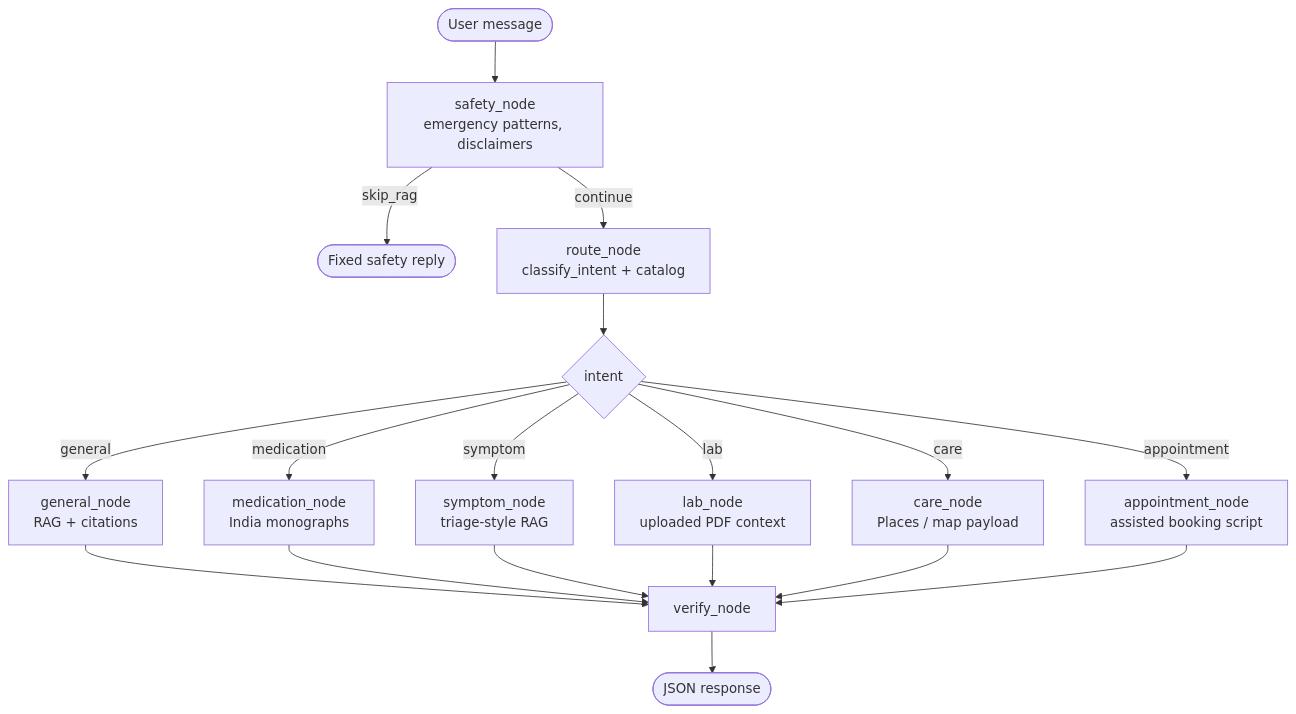
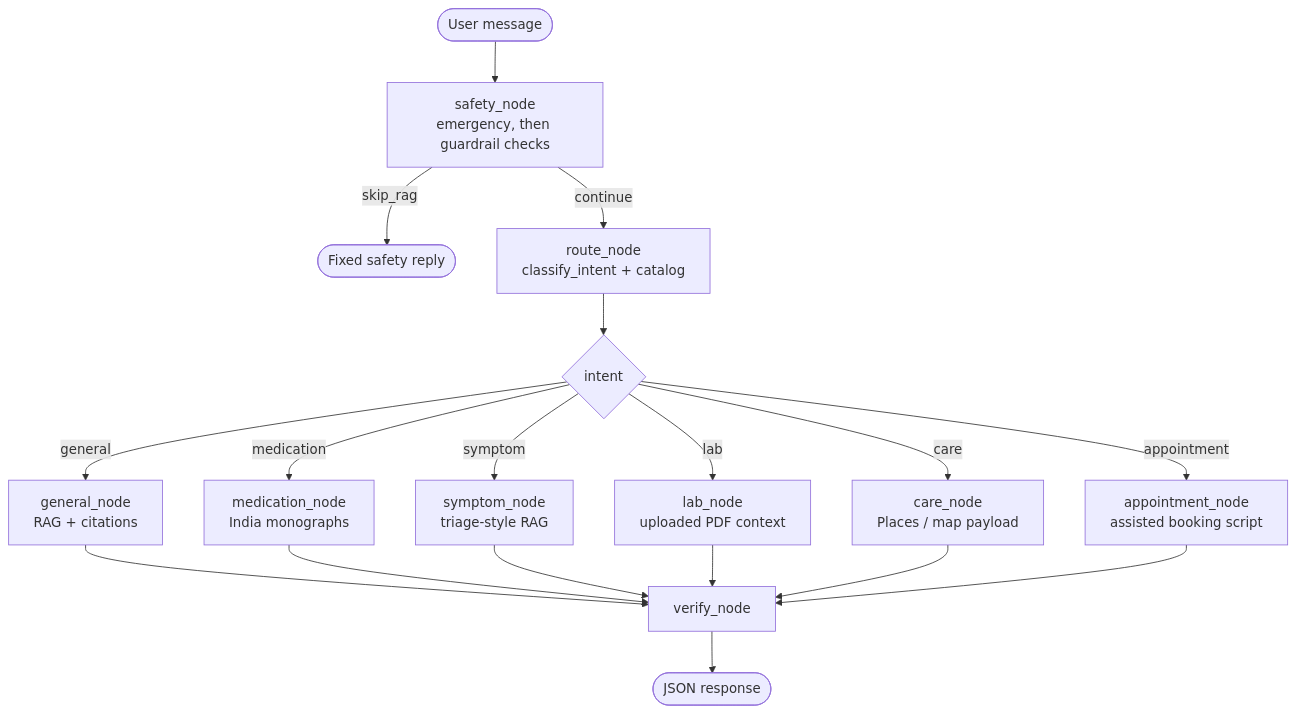
One commit to keshav-077/medical-chatbot-rag changed the third of 4 diagrams in README.md. Above: the diagram before and after it, drawn with Mermaid. The commit also changed other lines of this file and 18 other files, not shown here.

First line of the commit message:
Add Bedrock guardrail checks and document the live stack.

````diff
--- a/README.md
+++ b/README.md
@@ -160,23 +171,23 @@
 ```mermaid
 flowchart TD
-  IN([User message]) --> SAFETY[safety_node<br/>emergency patterns, disclaimers]
+  IN([User message]) --> SAFETY[safety_node<br/>emergency, then guardrail checks]
   SAFETY -->|skip_rag| OUT([Fixed safety reply])
   SAFETY -->|continue| ROUTE[route_node<br/>classify_intent + catalog]
   ROUTE --> PICK{intent}
 
   PICK -->|general| G[general_node<br/>RAG + citations]
   PICK -->|medication| M[medication_node<br/>India monographs]
   PICK -->|symptom| S[symptom_node<br/>triage-style RAG]
   PICK -->|lab| L[lab_node<br/>uploaded PDF context]
   PICK -->|care| C[care_node<br/>Places / map payload]
   PICK -->|appointment| A[appointment_node<br/>assisted booking script]
 
   G --> VER[verify_node]
   M --> VER
   S --> VER
   L --> VER
   C --> VER
   A --> VER
 
   VER --> END([JSON response])
 ```
````
